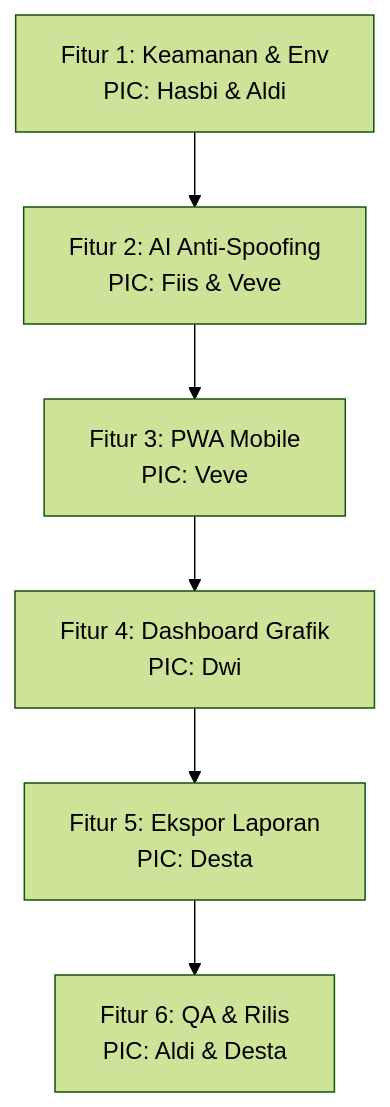
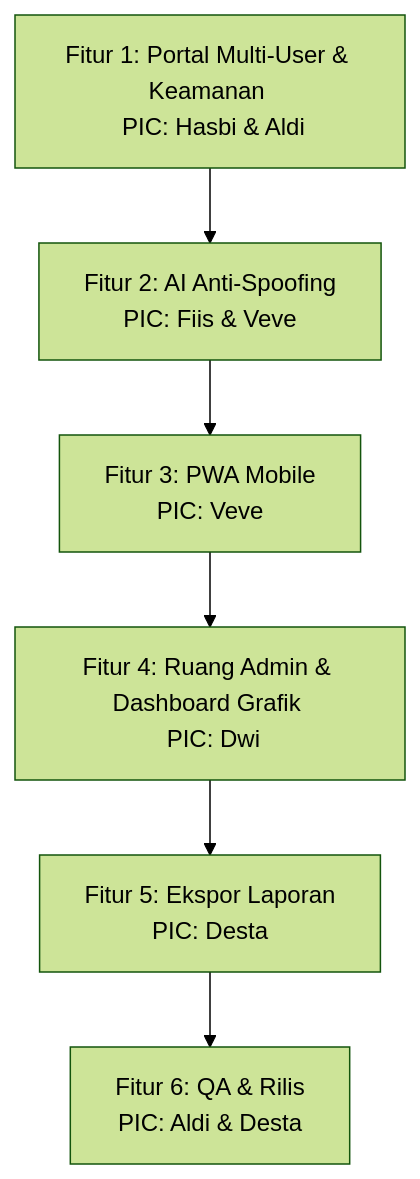
The diagram in docs/rencanapengembangan.md (AldiJanuarSaputra/FACE_ABSENSII), drawn with Mermaid (forest theme) before and after one commit. The commit also changed other lines of this file, not shown here.

Commit message:
Enhance roadmap with Multi-User Portal and Dynamic Routing for Admin vs Student

````diff
--- a/docs/rencanapengembangan.md
+++ b/docs/rencanapengembangan.md
@@ -23,8 +23,8 @@
 ```mermaid
 graph TD
-    F1[Fitur 1: Keamanan & Env <br> PIC: Hasbi & Aldi] --> F2[Fitur 2: AI Anti-Spoofing <br> PIC: Fiis & Veve]
+    F1[Fitur 1: Portal Multi-User & Keamanan <br> PIC: Hasbi & Aldi] --> F2[Fitur 2: AI Anti-Spoofing <br> PIC: Fiis & Veve]
     F2 --> F3[Fitur 3: PWA Mobile <br> PIC: Veve]
-    F3 --> F4[Fitur 4: Dashboard Grafik <br> PIC: Dwi]
+    F3 --> F4[Fitur 4: Ruang Admin & Dashboard Grafik <br> PIC: Dwi]
     F4 --> F5[Fitur 5: Ekspor Laporan <br> PIC: Desta]
     F5 --> F6[Fitur 6: QA & Rilis <br> PIC: Aldi & Desta]
 ```
````
